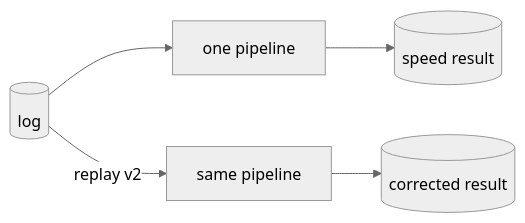
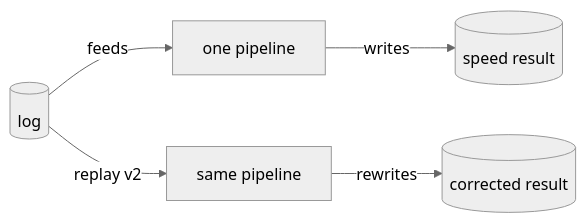
The eighth of 19 diagrams in docs/ch10-the-evolution-of-large-scale-data-processing.md (vinayakuber/streaming-systems-study-guide), drawn with Mermaid (neutral theme) before and after one commit. The commit also changed other lines of this file and 22 other files, not shown here.

First line of the commit message:
R18: label every diagram arrow with its meaning

````diff
--- a/docs/ch10-the-evolution-of-large-scale-data-processing.md
+++ b/docs/ch10-the-evolution-of-large-scale-data-processing.md
@@ -187,7 +187,7 @@
 ```mermaid
 flowchart LR
-  L[(log)] --> P["one pipeline"]
-  P --> S[(speed result)]
+  L[(log)] -->|"feeds"| P["one pipeline"]
+  P -->|"writes"| S[(speed result)]
   L -->|replay v2| P2["same pipeline"]
-  P2 --> C[(corrected result)]
+  P2 -->|"rewrites"| C[(corrected result)]
 ```
````
